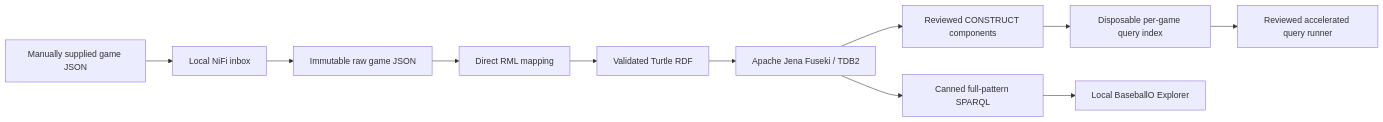
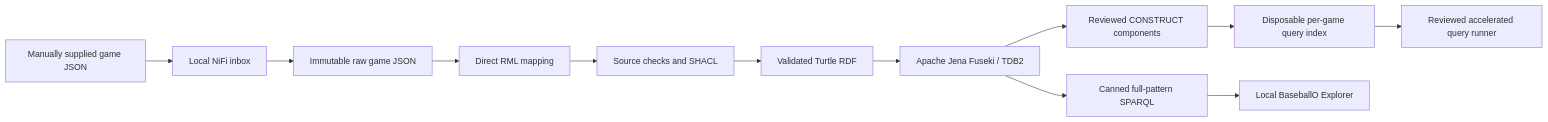
The diagram in Baseball/README.md (CarterBeauBenson/BaseballO), drawn with Mermaid before and after one commit. The commit also changed other lines of this file and 26 other files, not shown here.

Commit message:
Add SHACL graph validation layer

````diff
--- a/Baseball/README.md
+++ b/Baseball/README.md
@@ -7,13 +7,14 @@
 ```mermaid
 flowchart LR
     SOURCE[Manually supplied game JSON] --> INBOX[Local NiFi inbox]
     INBOX --> RAW[Immutable raw game JSON]
     RAW --> RML[Direct RML mapping]
-    RML --> RDF[Validated Turtle RDF]
+    RML --> SHACL[Source checks and SHACL]
+    SHACL --> RDF[Validated Turtle RDF]
     RDF --> FUSEKI[Apache Jena Fuseki / TDB2]
     FUSEKI --> SPARQL[Canned full-pattern SPARQL]
     FUSEKI --> CONSTRUCT[Reviewed CONSTRUCT components]
     CONSTRUCT --> INDEX[Disposable per-game query index]
     INDEX --> FAST[Reviewed accelerated query runner]
     SPARQL --> WEB[Local BaseballO Explorer]
 ```
````
